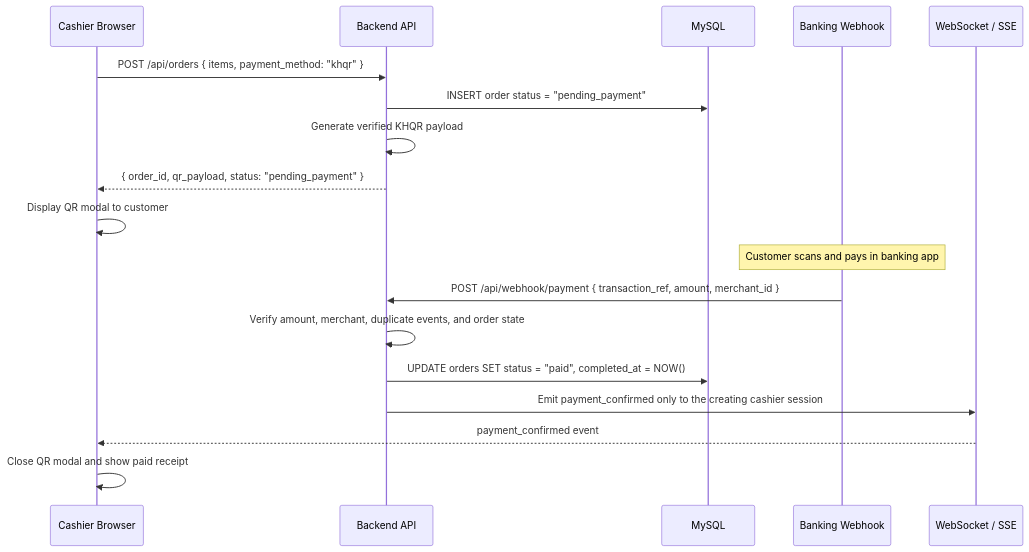
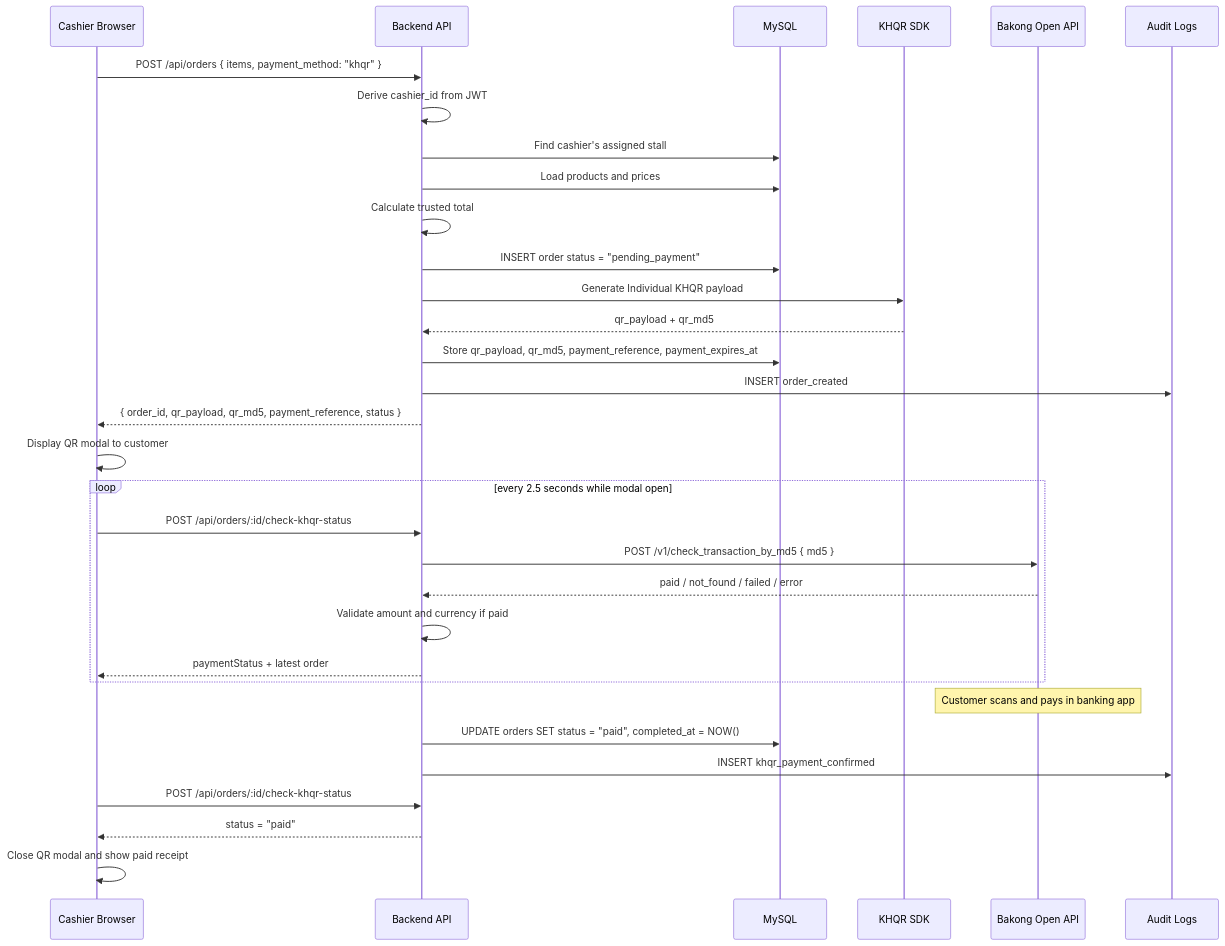
One commit to sothyvan/TOUB_POS changed the second of 2 diagrams in docs/design/payment-flow.md. Above: the diagram before and after it, drawn with Mermaid. The commit also changed other lines of this file and 30 other files, not shown here.

Commit message:
feat: add production Bakong KHQR payment checking

````diff
--- a/docs/design/payment-flow.md
+++ b/docs/design/payment-flow.md
@@ -68,23 +68,37 @@
 ```mermaid
 sequenceDiagram
     participant C as Cashier Browser
     participant API as Backend API
     participant DB as MySQL
-    participant WH as Banking Webhook
-    participant WS as WebSocket / SSE
+    participant KHQR as KHQR SDK
+    participant B as Bakong Open API
+    participant AUD as Audit Logs
 
     C->>API: POST /api/orders { items, payment_method: "khqr" }
+    API->>API: Derive cashier_id from JWT
+    API->>DB: Find cashier's assigned stall
+    API->>DB: Load products and prices
+    API->>API: Calculate trusted total
     API->>DB: INSERT order status = "pending_payment"
-    API->>API: Generate verified KHQR payload
-    API-->>C: { order_id, qr_payload, status: "pending_payment" }
+    API->>KHQR: Generate Individual KHQR payload
+    KHQR-->>API: qr_payload + qr_md5
+    API->>DB: Store qr_payload, qr_md5, payment_reference, payment_expires_at
+    API->>AUD: INSERT order_created
+    API-->>C: { order_id, qr_payload, qr_md5, payment_reference, status }
 
     C->>C: Display QR modal to customer
+    loop every 2.5 seconds while modal open
+      C->>API: POST /api/orders/:id/check-khqr-status
+      API->>B: POST /v1/check_transaction_by_md5 { md5 }
+      B-->>API: paid / not_found / failed / error
+      API->>API: Validate amount and currency if paid
+      API-->>C: paymentStatus + latest order
+    end
 
-    Note over WH: Customer scans and pays in banking app
-    WH->>API: POST /api/webhook/payment { transaction_ref, amount, merchant_id }
-    API->>API: Verify amount, merchant, duplicate events, and order state
+    Note over B: Customer scans and pays in banking app
     API->>DB: UPDATE orders SET status = "paid", completed_at = NOW()
-    API->>WS: Emit payment_confirmed only to the creating cashier session
-    WS-->>C: payment_confirmed event
+    API->>AUD: INSERT khqr_payment_confirmed
+    C->>API: POST /api/orders/:id/check-khqr-status
+    API-->>C: status = "paid"
     C->>C: Close QR modal and show paid receipt
 ```
````
